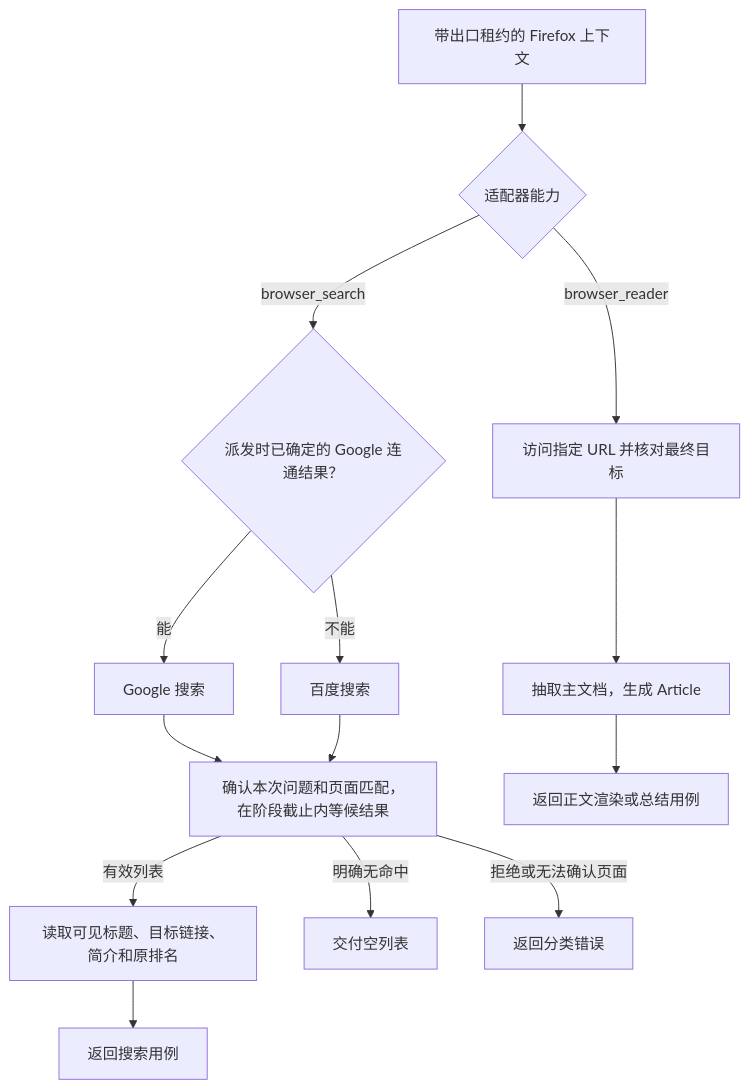
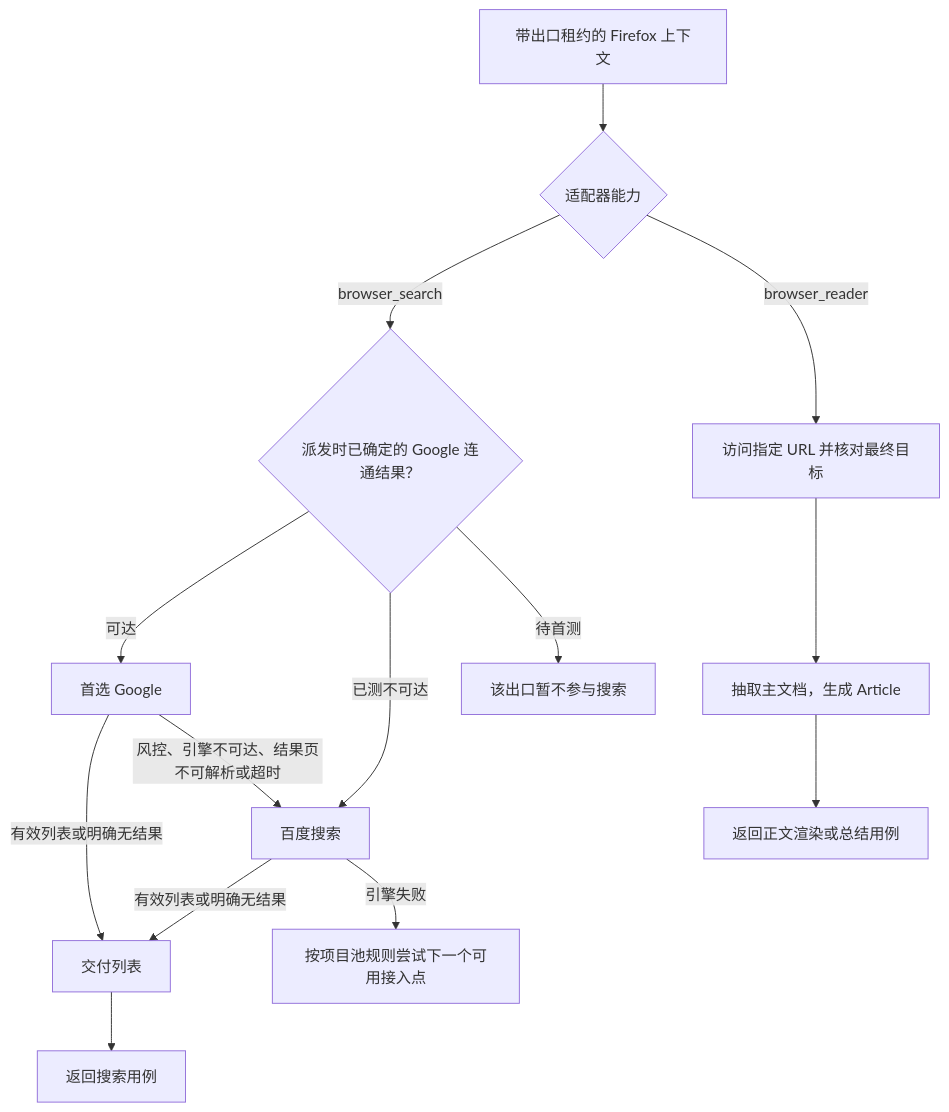
The fifth of 6 diagrams in docs/plan1/07-browser-proxies.md (Minecodex/OpenAgentSearch), drawn with Mermaid before and after one commit. The commit also changed other lines of this file and 276 other files, not shown here.

````diff
--- a/docs/plan1/07-browser-proxies.md
+++ b/docs/plan1/07-browser-proxies.md
@@ -137,16 +145,16 @@
 ```mermaid
 flowchart TD
     B["带出口租约的 Firefox 上下文"] --> K{"适配器能力"}
     K -->|browser_search| Q{"派发时已确定的 Google 连通结果？"}
-    Q -->|能| G["Google 搜索"]
-    Q -->|不能| BAI["百度搜索"]
-    G --> V["确认本次问题和页面匹配，在阶段截止内等候结果"]
-    BAI --> V
-    V -->|有效列表| I["读取可见标题、目标链接、简介和原排名"]
-    V -->|明确无命中| E["交付空列表"]
-    V -->|拒绝或无法确认页面| F["返回分类错误"]
+    Q -->|可达| G["首选 Google"]
+    Q -->|已测不可达| BAI["百度搜索"]
+    Q -->|待首测| WAIT["该出口暂不参与搜索"]
+    G -->|有效列表或明确无结果| I["交付列表"]
+    G -->|风控、引擎不可达、结果页不可解析或超时| BAI
+    BAI -->|有效列表或明确无结果| I
+    BAI -->|引擎失败| F["按项目池规则尝试下一个可用接入点"]
     K -->|browser_reader| U["访问指定 URL 并核对最终目标"]
     U --> A["抽取主文档，生成 Article"]
     I --> S["返回搜索用例"]
     A --> R["返回正文渲染或总结用例"]
 ```
````
